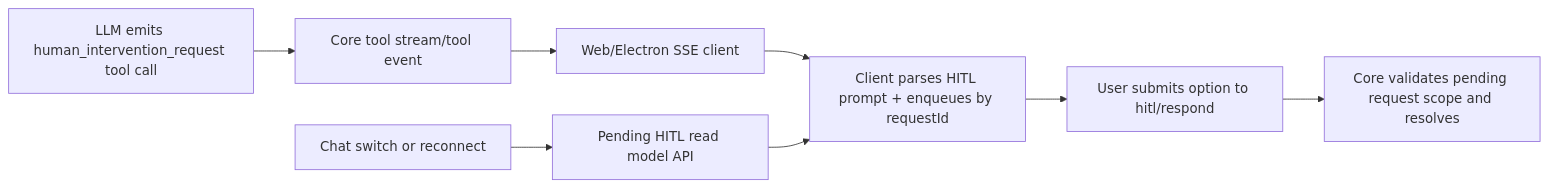
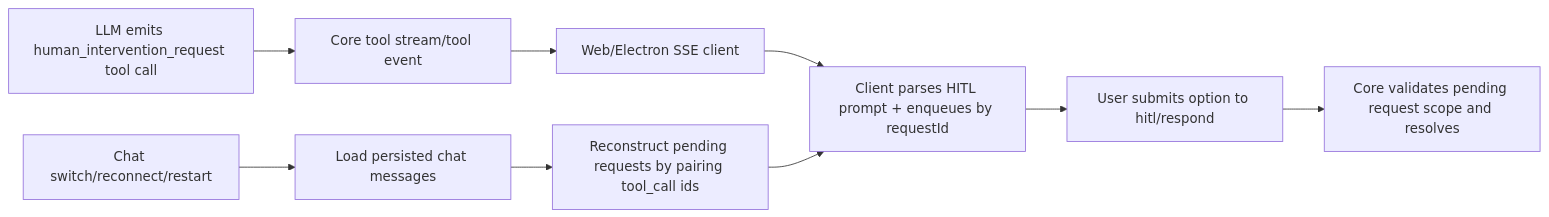
Before and after one commit to yysun/agent-world: the diagram in .docs/plans/2026-02-24/plan-hitl-tool-call-driven-ui.md, drawn with Mermaid. The commit also changed other lines of this file and 27 other files, not shown here.

First line of the commit message:
Refactor HITL prompt handling to support tool-event payloads

````diff
--- a/.docs/plans/2026-02-24/plan-hitl-tool-call-driven-ui.md
+++ b/.docs/plans/2026-02-24/plan-hitl-tool-call-driven-ui.md
@@ -34,11 +35,12 @@
 ```mermaid
 flowchart LR
     A[LLM emits human_intervention_request tool call] --> B[Core tool stream/tool event]
     B --> C[Web/Electron SSE client]
     C --> D[Client parses HITL prompt + enqueues by requestId]
     D --> E[User submits option to hitl/respond]
     E --> F[Core validates pending request scope and resolves]
 
-    G[Chat switch or reconnect] --> H[Pending HITL read model API]
-    H --> D
+    G[Chat switch/reconnect/restart] --> H[Load persisted chat messages]
+    H --> I[Reconstruct pending requests by pairing tool_call ids]
+    I --> D
 ```
````
